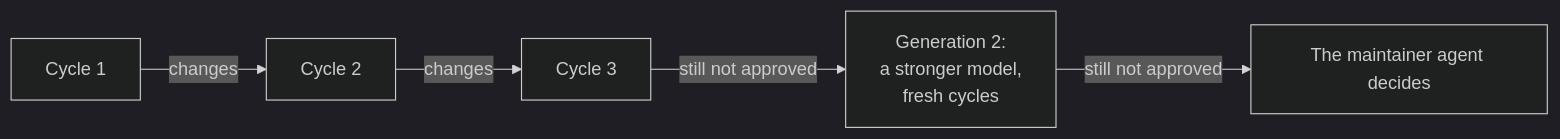
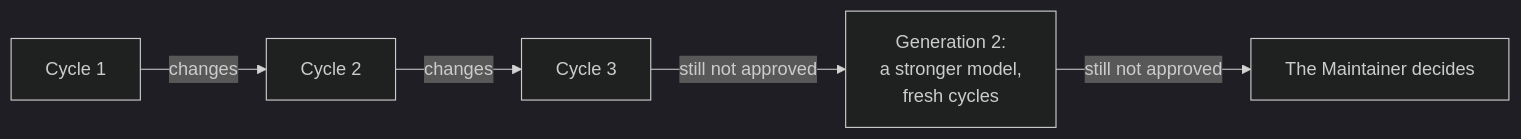
The second of 4 diagrams in docs/guide/the-engine-room.md (shinyredapples/intakt), drawn with Mermaid (dark theme) before and after one commit. The commit also changed other lines of this file and 22 other files, not shown here.

````diff
--- a/docs/guide/the-engine-room.md
+++ b/docs/guide/the-engine-room.md
@@ -92,6 +92,6 @@
 ```mermaid
 flowchart LR
   c1[Cycle 1] -- changes --> c2[Cycle 2] -- changes --> c3[Cycle 3]
   c3 -- still not approved --> g2[Generation 2:<br/>a stronger model,<br/>fresh cycles]
-  g2 -- still not approved --> m[The maintainer agent decides]
+  g2 -- still not approved --> m[The Maintainer decides]
 ```
````
